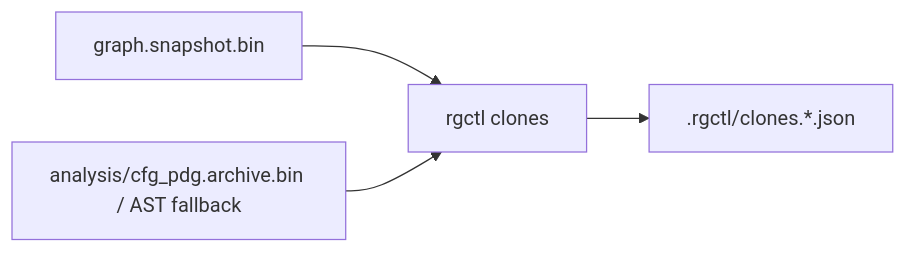
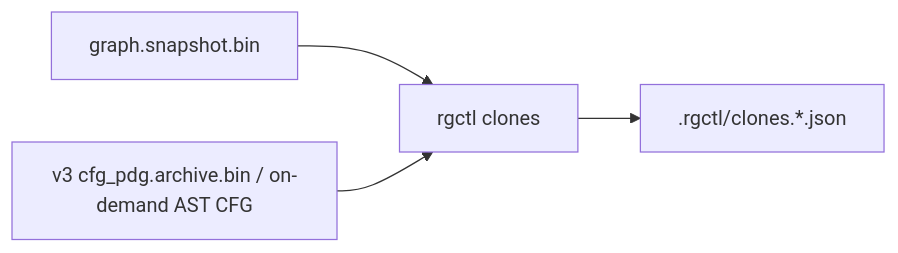
The diagram in docs/design/clone-detection-design.md (l3acon/rgctl), drawn with Mermaid before and after one commit. The commit also changed other lines of this file and 79 other files, not shown here.

````diff
--- a/docs/design/clone-detection-design.md
+++ b/docs/design/clone-detection-design.md
@@ -28,10 +28,10 @@
 ```mermaid
 flowchart LR
   SNAP[graph.snapshot.bin]
   CLI["rgctl clones"]
-  CFG["analysis/cfg_pdg.archive.bin / AST fallback"]
+  CFG["v3 cfg_pdg.archive.bin / on-demand AST CFG"]
   SIDE[.rgctl/clones.*.json]
   SNAP --> CLI
   CFG --> CLI
   CLI --> SIDE
 ```
````
